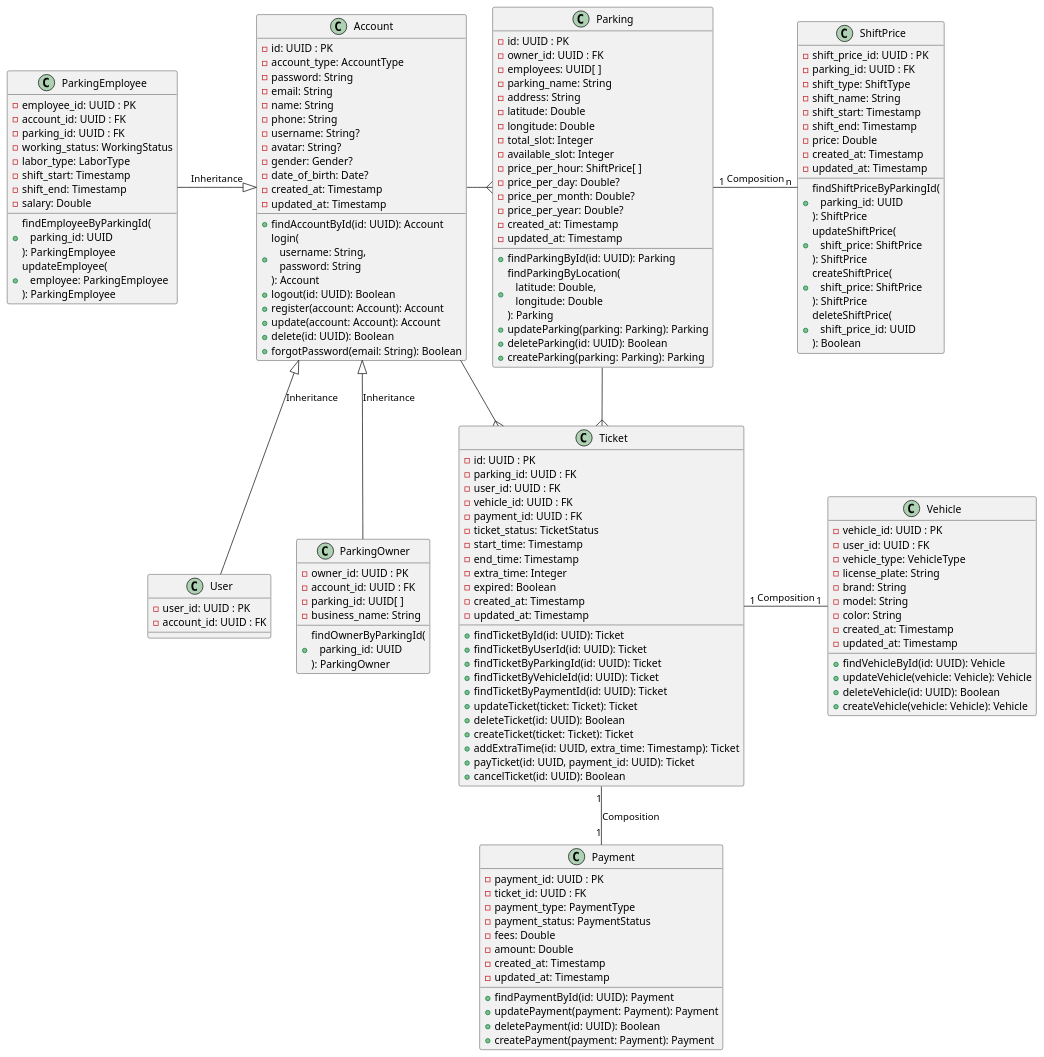
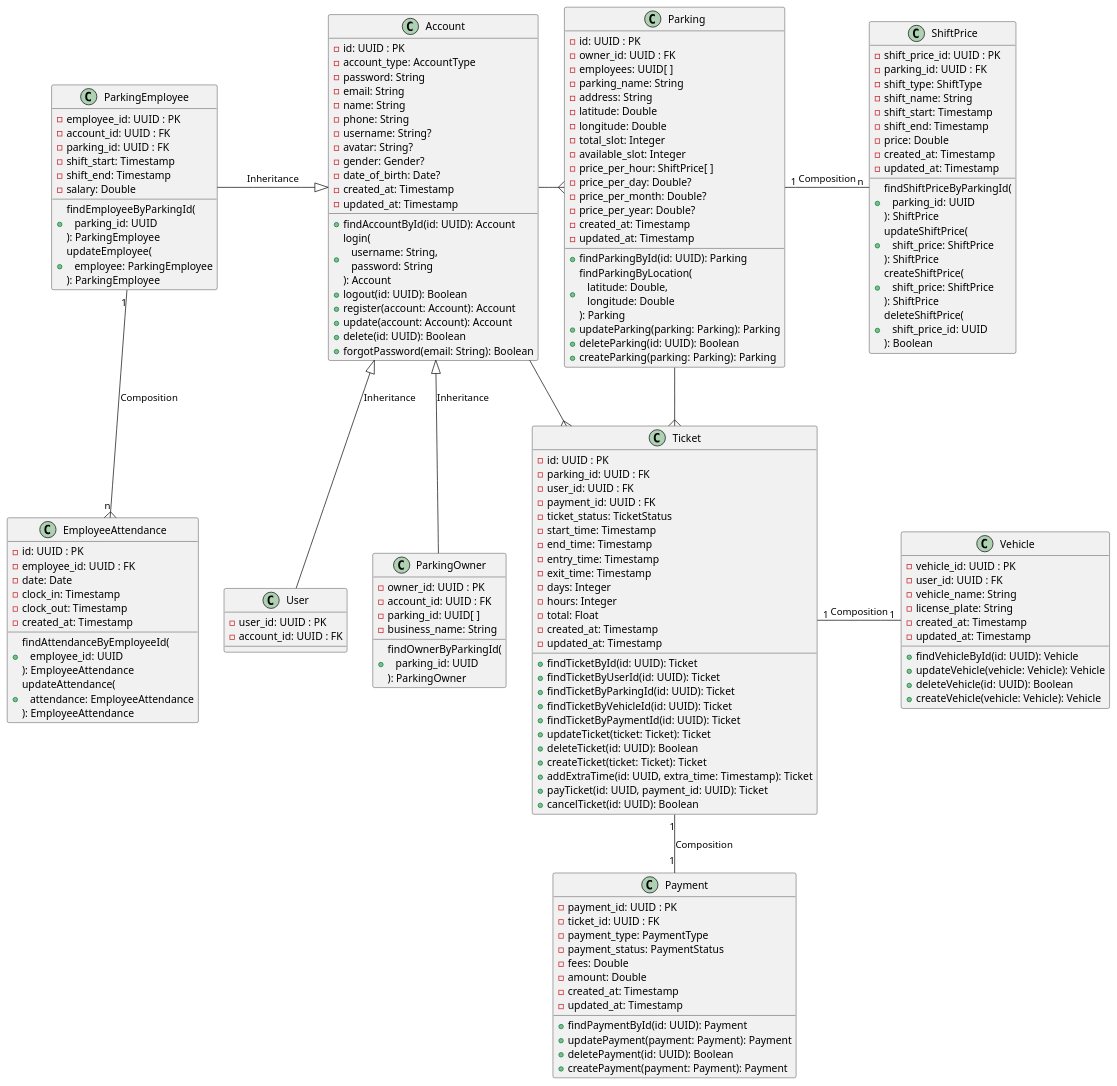
The diagram in class/all.wsd (hieutbui/graduation-diagram), drawn with PlantUML before and after one commit. The commit also changed 3 other files, not shown here.

Commit message:
Update class diagrams

```diff
--- a/class/all.wsd
+++ b/class/all.wsd
@@ -1,166 +1,176 @@
 @startuml class_all
 
 class Account {
   -id: UUID : PK
   -account_type: AccountType
   -password: String
   -email: String
   -name: String
   -phone: String
   -username: String?
   -avatar: String?
   -gender: Gender?
   -date_of_birth: Date?
   -created_at: Timestamp
   -updated_at: Timestamp
 
   +findAccountById(id: UUID): Account
   +login(\n   username: String, \n   password: String\n): Account
   +logout(id: UUID): Boolean
   +register(account: Account): Account
   +update(account: Account): Account
   +delete(id: UUID): Boolean
   +forgotPassword(email: String): Boolean
 }
 
 class User {
   -user_id: UUID : PK
   -account_id: UUID : FK
 }
 
 class ParkingEmployee {
   -employee_id: UUID : PK
   -account_id: UUID : FK
   -parking_id: UUID : FK
-  -working_status: WorkingStatus
-  -labor_type: LaborType
   -shift_start: Timestamp
   -shift_end: Timestamp
   -salary: Double
   +findEmployeeByParkingId(\n   parking_id: UUID\n): ParkingEmployee
   +updateEmployee(\n   employee: ParkingEmployee\n): ParkingEmployee
 }
 
 class ParkingOwner {
   -owner_id: UUID : PK
   -account_id: UUID : FK
   -parking_id: UUID[ ]
   -business_name: String
   +findOwnerByParkingId(\n   parking_id: UUID\n): ParkingOwner
 }
 
 class Parking {
   -id: UUID : PK
   -owner_id: UUID : FK
   -employees: UUID[ ]
   -parking_name: String
   -address: String
   -latitude: Double
   -longitude: Double
   -total_slot: Integer
   -available_slot: Integer
   -price_per_hour: ShiftPrice[ ]
   -price_per_day: Double?
   -price_per_month: Double?
   -price_per_year: Double?
   -created_at: Timestamp
   -updated_at: Timestamp
 
   +findParkingById(id: UUID): Parking
   +findParkingByLocation(\n   latitude: Double, \n   longitude: Double\n): Parking
   +updateParking(parking: Parking): Parking
   +deleteParking(id: UUID): Boolean
   +createParking(parking: Parking): Parking
 }
 
 class ShiftPrice {
   -shift_price_id: UUID : PK
   -parking_id: UUID : FK
   -shift_type: ShiftType
   -shift_name: String
   -shift_start: Timestamp
   -shift_end: Timestamp
   -price: Double
   -created_at: Timestamp
   -updated_at: Timestamp
   +findShiftPriceByParkingId(\n   parking_id: UUID\n): ShiftPrice
   +updateShiftPrice(\n   shift_price: ShiftPrice\n): ShiftPrice
   +createShiftPrice(\n   shift_price: ShiftPrice\n): ShiftPrice
   +deleteShiftPrice(\n   shift_price_id: UUID\n): Boolean
 }
 
 class Ticket {
   -id: UUID : PK
   -parking_id: UUID : FK
   -user_id: UUID : FK
-  -vehicle_id: UUID : FK
   -payment_id: UUID : FK
   -ticket_status: TicketStatus
   -start_time: Timestamp
   -end_time: Timestamp
-  -extra_time: Integer
-  -expired: Boolean
+  -entry_time: Timestamp
+  -exit_time: Timestamp
+  -days: Integer
+  -hours: Integer
+  -total: Float
   -created_at: Timestamp
   -updated_at: Timestamp
 
   +findTicketById(id: UUID): Ticket
   +findTicketByUserId(id: UUID): Ticket
   +findTicketByParkingId(id: UUID): Ticket
   +findTicketByVehicleId(id: UUID): Ticket
   +findTicketByPaymentId(id: UUID): Ticket
   +updateTicket(ticket: Ticket): Ticket
   +deleteTicket(id: UUID): Boolean
   +createTicket(ticket: Ticket): Ticket
   +addExtraTime(id: UUID, extra_time: Timestamp): Ticket
   +payTicket(id: UUID, payment_id: UUID): Ticket
   +cancelTicket(id: UUID): Boolean
 }
 
 class Vehicle {
   -vehicle_id: UUID : PK
   -user_id: UUID : FK
-  -vehicle_type: VehicleType
+  -vehicle_name: String
   -license_plate: String
-  -brand: String
-  -model: String
-  -color: String
   -created_at: Timestamp
   -updated_at: Timestamp
 
   +findVehicleById(id: UUID): Vehicle
   +updateVehicle(vehicle: Vehicle): Vehicle
   +deleteVehicle(id: UUID): Boolean
   +createVehicle(vehicle: Vehicle): Vehicle
 }
 
 class Payment {
   -payment_id: UUID : PK
   -ticket_id: UUID : FK
   -payment_type: PaymentType
   -payment_status: PaymentStatus
   -fees: Double
   -amount: Double
   -created_at: Timestamp
   -updated_at: Timestamp
 
   +findPaymentById(id: UUID): Payment
   +updatePayment(payment: Payment): Payment
   +deletePayment(id: UUID): Boolean
   +createPayment(payment: Payment): Payment
 }
 
+class EmployeeAttendance {
+  -id: UUID : PK
+  -employee_id: UUID : FK
+  -date: Date
+  -clock_in: Timestamp
+  -clock_out: Timestamp
+  -created_at: Timestamp
+  +findAttendanceByEmployeeId(\n   employee_id: UUID\n): EmployeeAttendance
+  +updateAttendance(\n   attendance: EmployeeAttendance\n): EmployeeAttendance
+}
+
 Account --{ Ticket
 Account -right-{ Parking
 
 Parking --{ Ticket
 
 Ticket "1"-right-"1" Vehicle : Composition
 Ticket "1"-down-"1" Payment : Composition
 
 Parking "1"-right-"n" ShiftPrice : Composition
 
 Account <|-- User : Inheritance
 Account <|-left- ParkingEmployee : Inheritance
 Account <|-- ParkingOwner : Inheritance
 
+ParkingEmployee "1"--{"n" EmployeeAttendance : Composition
+
 @enduml
```
